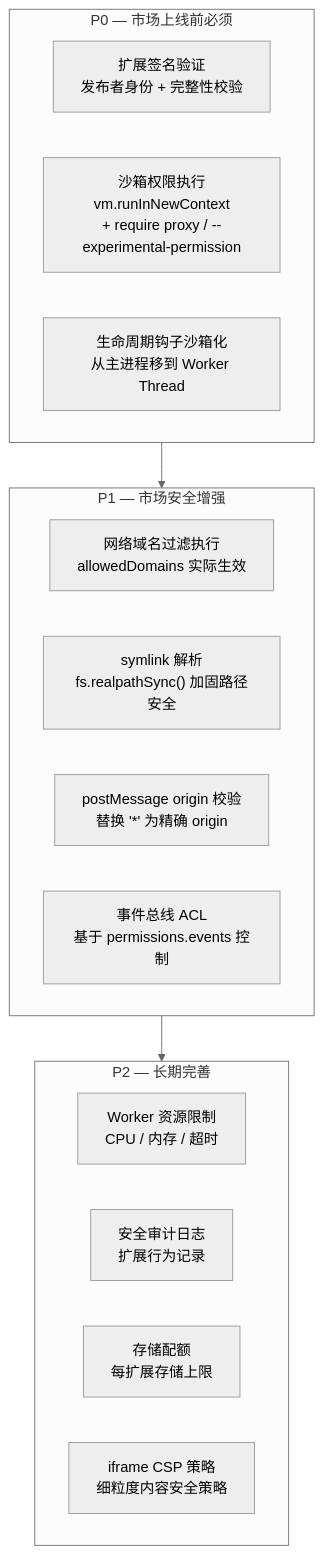
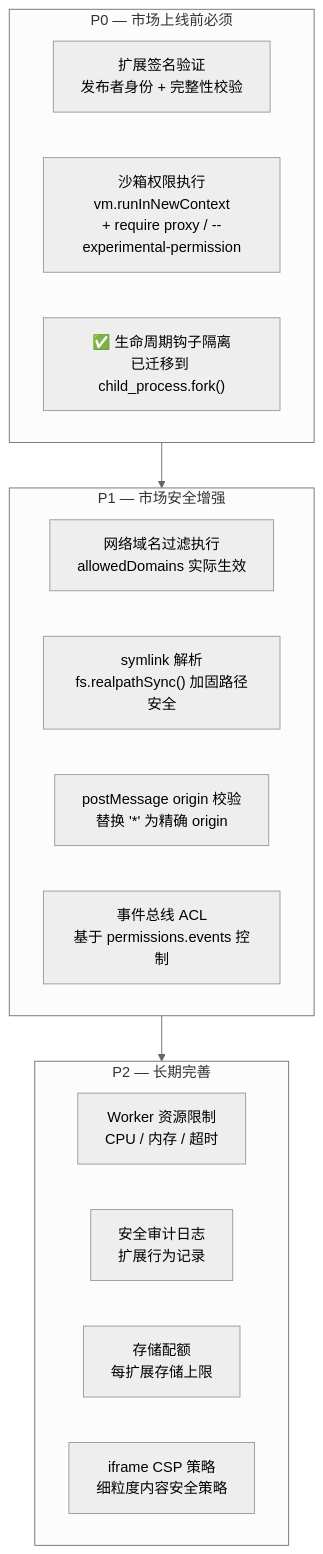
The fourth of 4 diagrams in docs/feature/extension-market/research/security-model.md (iOfficeAI/AionUi), drawn with Mermaid (neutral theme) before and after one commit. The commit also changed other lines of this file and 65 other files, not shown here.

````diff
--- a/docs/feature/extension-market/research/security-model.md
+++ b/docs/feature/extension-market/research/security-model.md
@@ -256,24 +262,24 @@
 ```mermaid
 flowchart TD
   subgraph P0["P0 — 市场上线前必须"]
     Sign["扩展签名验证\n发布者身份 + 完整性校验"]
     SandboxEnforce["沙箱权限执行\nvm.runInNewContext\n+ require proxy / --experimental-permission"]
-    LifecycleIsolation["生命周期钩子沙箱化\n从主进程移到 Worker Thread"]
+    LifecycleIsolation["✅ 生命周期钩子隔离\n已迁移到 child_process.fork()"]
   end
 
   subgraph P1["P1 — 市场安全增强"]
     NetworkFilter["网络域名过滤执行\nallowedDomains 实际生效"]
     SymlinkResolve["symlink 解析\nfs.realpathSync() 加固路径安全"]
     PostMessageOrigin["postMessage origin 校验\n替换 '*' 为精确 origin"]
     EventACL["事件总线 ACL\n基于 permissions.events 控制"]
   end
 
   subgraph P2["P2 — 长期完善"]
     ResourceLimit["Worker 资源限制\nCPU / 内存 / 超时"]
     AuditLog["安全审计日志\n扩展行为记录"]
     StorageQuota["存储配额\n每扩展存储上限"]
     CSP["iframe CSP 策略\n细粒度内容安全策略"]
   end
 
   P0 --> P1 --> P2
 ```
````
